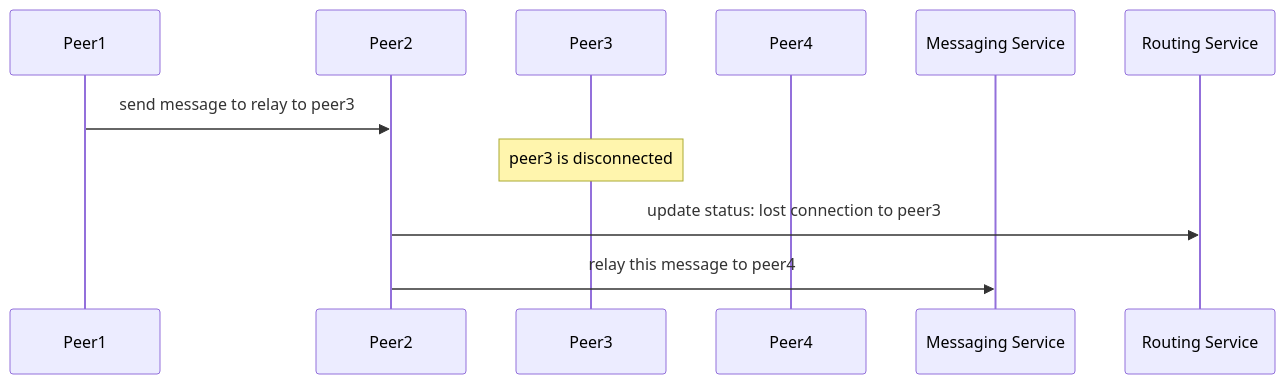
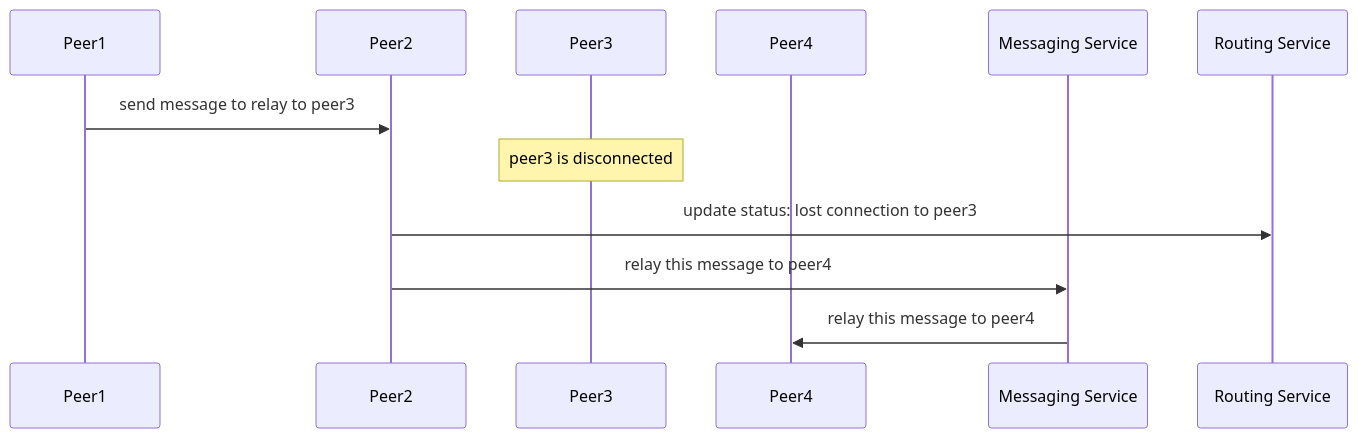
The seventh of 7 diagrams in RFC/RFC-14-p2p-adapter.md (decentraland/adr), drawn with Mermaid before and after one commit. The commit also changed other lines of this file, not shown here.

````diff
--- a/RFC/RFC-14-p2p-adapter.md
+++ b/RFC/RFC-14-p2p-adapter.md
@@ -202,17 +141,17 @@
 ```mermaid
 sequenceDiagram
     participant Peer1
     participant Peer2
     participant Peer3
     participant Peer4
     participant MS as Messaging Service
     participant RS as Routing Service
 
     Peer1->>Peer2: send message to relay to peer3
 
     Note over Peer3: peer3 is disconnected
 
     Peer2->>RS: update status: lost connection to peer3
     Peer2->>MS: relay this message to peer4
-
+    MS->>Peer4: relay this message to peer4
 ```
````
